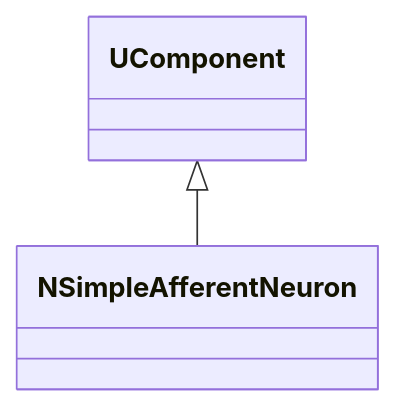
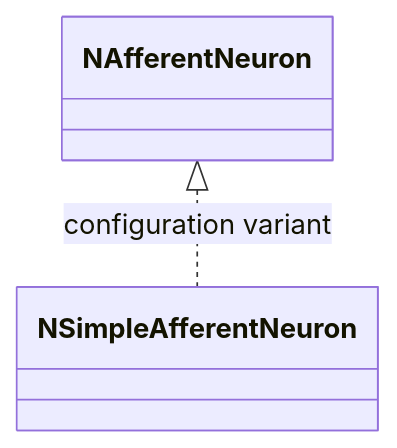
One commit to aicommunity/Nmsdk-PulseLib changed the second of 6 diagrams in Docs/Components/NSimpleAfferentNeuron.md. Above: the diagram before and after it, drawn with Mermaid. The commit also changed other lines of this file and 196 other files, not shown here.

````diff
--- a/Docs/Components/NSimpleAfferentNeuron.md
+++ b/Docs/Components/NSimpleAfferentNeuron.md
@@ -69,4 +74,4 @@
 ```mermaid
 classDiagram
-    UComponent <|-- NSimpleAfferentNeuron
+    NAfferentNeuron <|.. NSimpleAfferentNeuron : configuration variant
 ```
````
